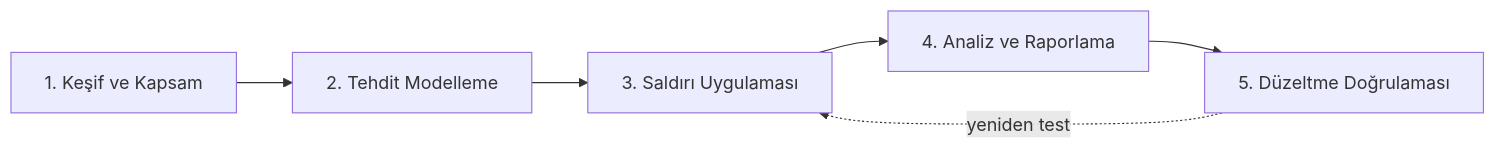
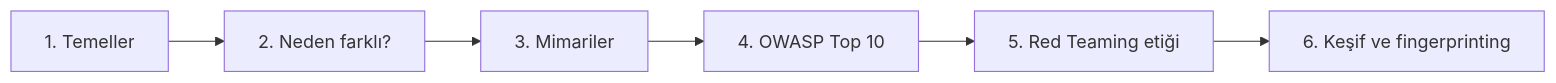
Before and after one commit to OnurTugran/notes: the diagram in Yapay zeka.md, drawn with Mermaid. The commit also changed other lines of this file and 6 other files, not shown here.

````diff
--- a/Yapay zeka.md
+++ b/Yapay zeka.md
@@ -1312,8 +31,8 @@
 ```mermaid
 flowchart LR
-    A["1. Keşif ve Kapsam"] --> B["2. Tehdit Modelleme"]
-    B --> C["3. Saldırı Uygulaması"]
-    C --> D["4. Analiz ve Raporlama"]
-    D --> E["5. Düzeltme Doğrulaması"]
-    E -.->|yeniden test| C
+    A["1. Temeller"] --> B["2. Neden farklı?"]
+    B --> C["3. Mimariler"]
+    C --> D["4. OWASP Top 10"]
+    D --> E["5. Red Teaming etiği"]
+    E --> F["6. Keşif ve fingerprinting"]
 ```
````
